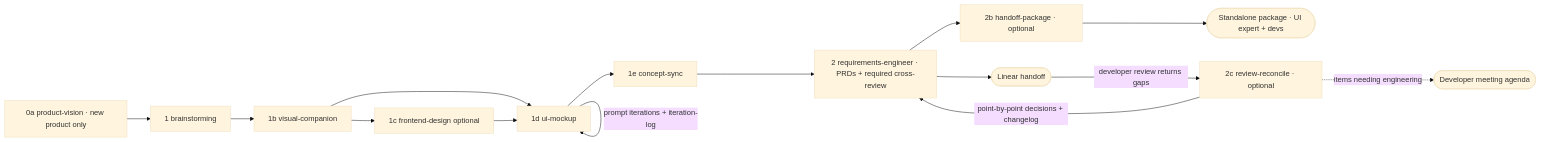
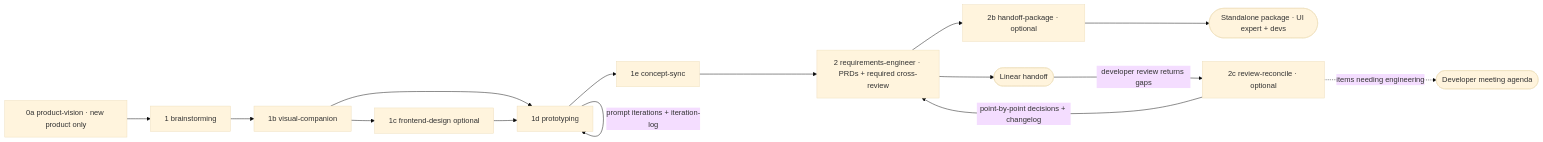
The diagram in docs/pm-chain.md (silviobeer/agentic-development-skill-chain), drawn with Mermaid (base theme) before and after one commit. The commit also changed other lines of this file and 43 other files, not shown here.

First line of the commit message:
docs: rename ui-mockup to prototyping, add decision question and finding

````diff
--- a/docs/pm-chain.md
+++ b/docs/pm-chain.md
@@ -7,17 +7,17 @@
 ```mermaid
 flowchart LR
   S0A[0a product-vision · new product only] --> S1[1 brainstorming]
   S1 --> S1B[1b visual-companion]
   S1B --> S1C[1c frontend-design optional]
-  S1B --> S1D[1d ui-mockup]
+  S1B --> S1D[1d prototyping]
   S1C --> S1D
   S1D -->|prompt iterations + iteration-log| S1D
   S1D --> S1E[1e concept-sync]
   S1E --> S2[2 requirements-engineer · PRDs + required cross-review]
   S2 --> S2B[2b handoff-package · optional]
   S2 --> LIN([Linear handoff])
   S2B --> EXT([Standalone package · UI expert + devs])
   LIN -->|developer review returns gaps| S2C[2c review-reconcile · optional]
   S2C -->|point-by-point decisions + changelog| S2
   S2C -.->|items needing engineering| MTG([Developer meeting agenda])
 ```
````
